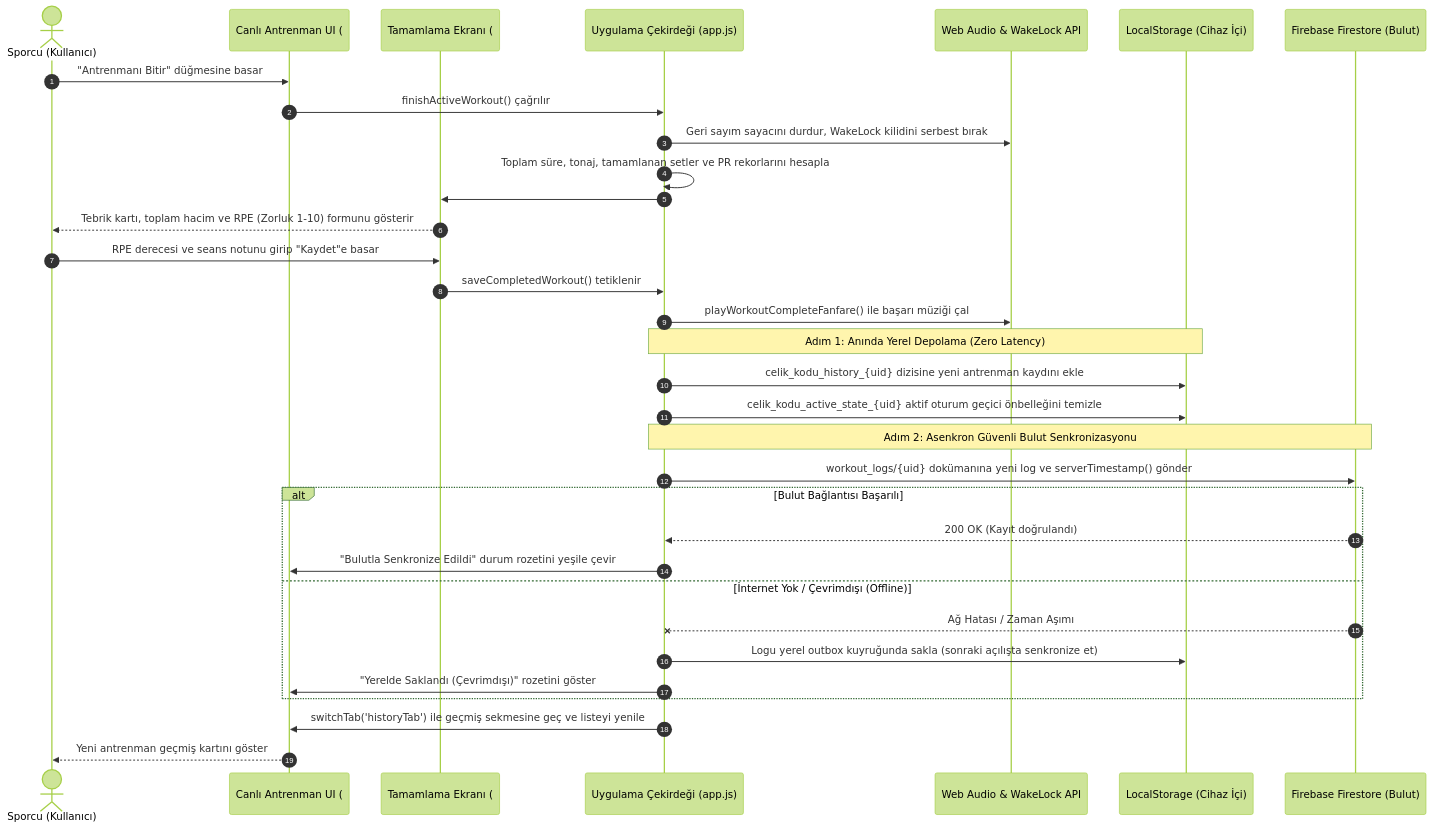
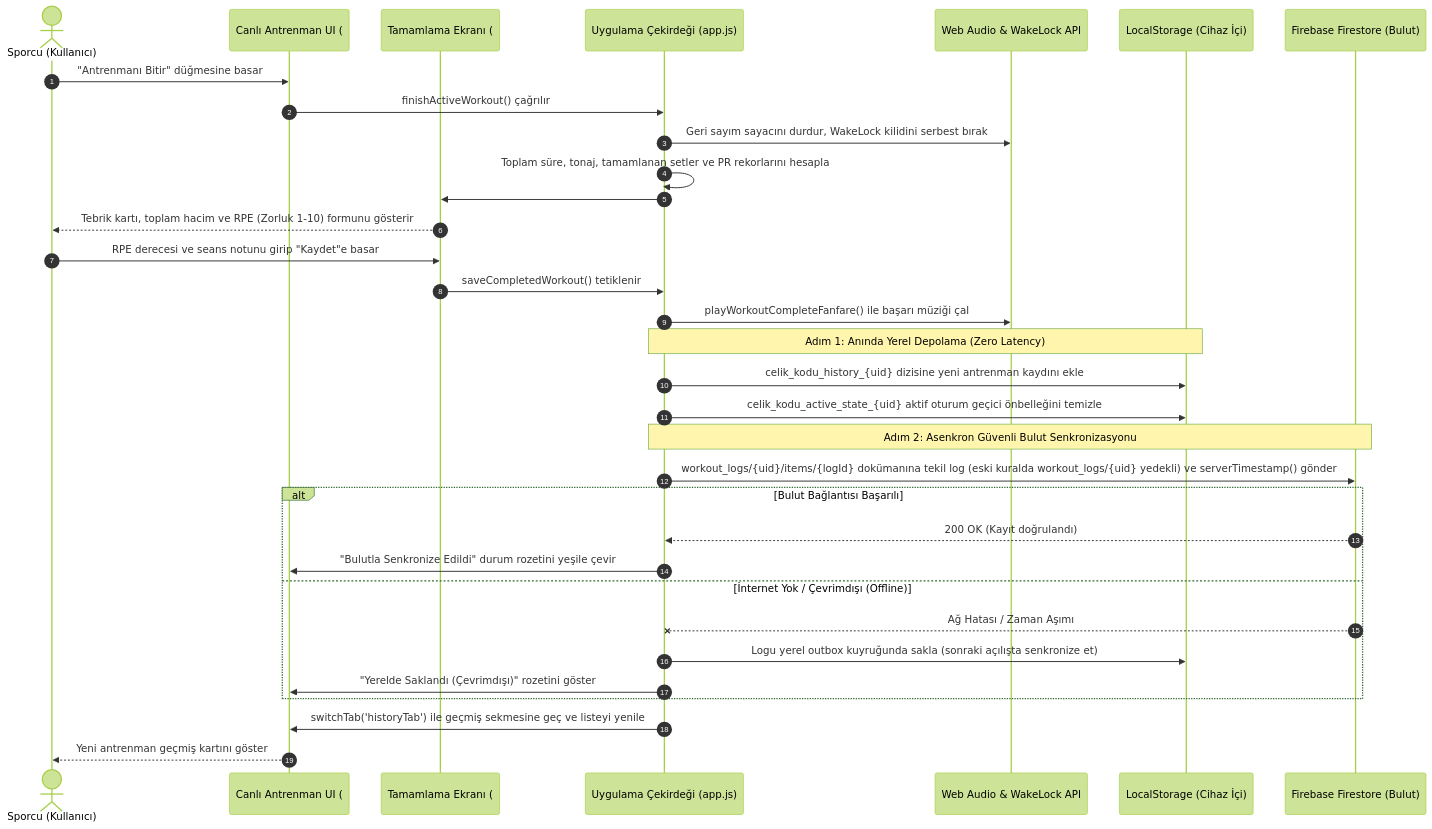
Before and after one commit to feritkantarci/fitness: the third of 4 diagrams in docs/APP_FLOW.md, drawn with Mermaid (forest theme). The commit also changed other lines of this file and 19 other files, not shown here.

````diff
--- a/docs/APP_FLOW.md
+++ b/docs/APP_FLOW.md
@@ -187,40 +187,40 @@
 ```mermaid
 sequenceDiagram
     autonumber
     actor Sporcu as Sporcu (Kullanıcı)
     participant UI as Canlı Antrenman UI (#activeWorkoutTab)
     participant Modal as Tamamlama Ekranı (#completeModal)
     participant Core as Uygulama Çekirdeği (app.js)
     participant Audio as Web Audio & WakeLock API
     participant LocalDB as LocalStorage (Cihaz İçi)
     participant Cloud as Firebase Firestore (Bulut)
 
     Sporcu->>UI: "Antrenmanı Bitir" düğmesine basar
     UI->>Core: finishActiveWorkout() çağrılır
     Core->>Audio: Geri sayım sayacını durdur, WakeLock kilidini serbest bırak
     Core->>Core: Toplam süre, tonaj, tamamlanan setler ve PR rekorlarını hesapla
     Core->>Modal: #completeModal'ı istatistik özetleriyle aç
     Modal-->>Sporcu: Tebrik kartı, toplam hacim ve RPE (Zorluk 1-10) formunu gösterir
 
     Sporcu->>Modal: RPE derecesi ve seans notunu girip "Kaydet"e basar
     Modal->>Core: saveCompletedWorkout() tetiklenir
     Core->>Audio: playWorkoutCompleteFanfare() ile başarı müziği çal
 
     Note over Core,LocalDB: Adım 1: Anında Yerel Depolama (Zero Latency)
     Core->>LocalDB: celik_kodu_history_{uid} dizisine yeni antrenman kaydını ekle
     Core->>LocalDB: celik_kodu_active_state_{uid} aktif oturum geçici önbelleğini temizle
 
     Note over Core,Cloud: Adım 2: Asenkron Güvenli Bulut Senkronizasyonu
-    Core->>Cloud: workout_logs/{uid} dokümanına yeni log ve serverTimestamp() gönder
+    Core->>Cloud: workout_logs/{uid}/items/{logId} dokümanına tekil log (eski kuralda workout_logs/{uid} yedekli) ve serverTimestamp() gönder
     alt Bulut Bağlantısı Başarılı
         Cloud-->>Core: 200 OK (Kayıt doğrulandı)
         Core->>UI: "Bulutla Senkronize Edildi" durum rozetini yeşile çevir
     else İnternet Yok / Çevrimdışı (Offline)
         Cloud--xCore: Ağ Hatası / Zaman Aşımı
         Core->>LocalDB: Logu yerel outbox kuyruğunda sakla (sonraki açılışta senkronize et)
         Core->>UI: "Yerelde Saklandı (Çevrimdışı)" rozetini göster
     end
 
     Core->>UI: switchTab('historyTab') ile geçmiş sekmesine geç ve listeyi yenile
     UI-->>Sporcu: Yeni antrenman geçmiş kartını göster
 ```
````
